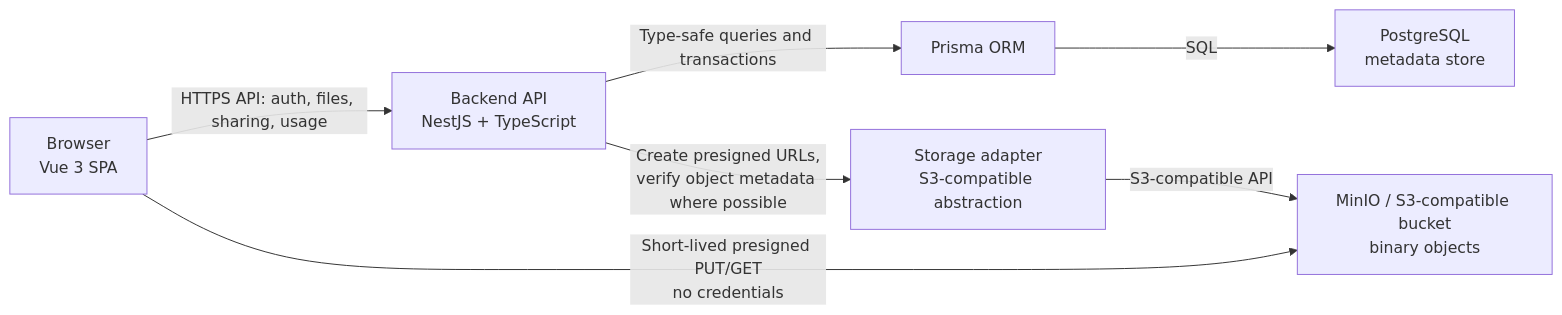
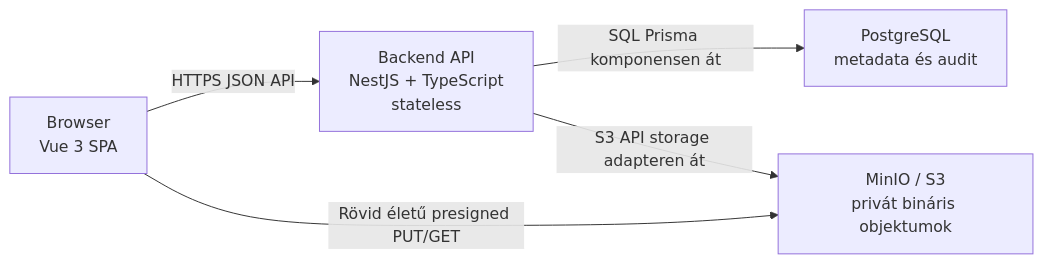
Before and after one commit to ngymarcy88/adattarolas-a-felhoben: the diagram in docs/02_architecture/c4_container.md, drawn with Mermaid. The commit also changed other lines of this file and 47 other files, not shown here.

Commit message:
docs: rebaseline SZD2 architecture and roadmap

````diff
--- a/docs/02_architecture/c4_container.md
+++ b/docs/02_architecture/c4_container.md
@@ -13,16 +13,12 @@
 ```mermaid
 flowchart LR
     browser["Browser\nVue 3 SPA"]
-    backend["Backend API\nNestJS + TypeScript"]
-    prisma["Prisma ORM"]
-    postgres["PostgreSQL\nmetadata store"]
-    storageAdapter["Storage adapter\nS3-compatible abstraction"]
-    minio["MinIO / S3-compatible bucket\nbinary objects"]
+    api["Backend API\nNestJS + TypeScript\nstateless"]
+    postgres["PostgreSQL\nmetadata és audit"]
+    storage["MinIO / S3\nprivát bináris objektumok"]
 
-    browser -->|"HTTPS API: auth, files, sharing, usage"| backend
-    browser -->|"Short-lived presigned PUT/GET\nno credentials"| minio
-    backend -->|"Type-safe queries and transactions"| prisma
-    prisma -->|"SQL"| postgres
-    backend -->|"Create presigned URLs,\nverify object metadata where possible"| storageAdapter
-    storageAdapter -->|"S3-compatible API"| minio
+    browser -->|"HTTPS JSON API"| api
+    browser -->|"Rövid életű presigned PUT/GET"| storage
+    api -->|"SQL Prisma komponensen át"| postgres
+    api -->|"S3 API storage adapteren át"| storage
 ```
````
